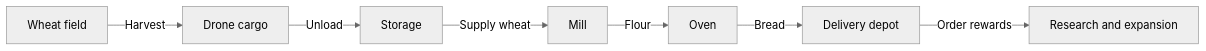
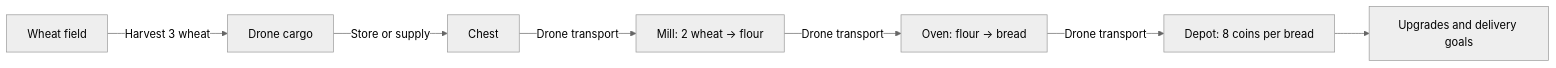
One commit to singhbaidwan/sprout changed the diagram in docs/ROADMAP.md. Above: the diagram before and after it, drawn with Mermaid (neutral theme). The commit also changed other lines of this file and 22 other files, not shown here.

````diff
--- a/docs/ROADMAP.md
+++ b/docs/ROADMAP.md
@@ -15,9 +19,9 @@
 ```mermaid
 flowchart LR
-    A[Wheat field] -->|Harvest| B[Drone cargo]
-    B -->|Unload| C[Storage]
-    C -->|Supply wheat| D[Mill]
-    D -->|Flour| E[Oven]
-    E -->|Bread| F[Delivery depot]
-    F -->|Order rewards| G[Research and expansion]
+    A[Wheat field] -->|Harvest 3 wheat| B[Drone cargo]
+    B -->|Store or supply| C[Chest]
+    C -->|Drone transport| D[Mill: 2 wheat → flour]
+    D -->|Drone transport| E[Oven: flour → bread]
+    E -->|Drone transport| F[Depot: 8 coins per bread]
+    F --> G[Upgrades and delivery goals]
 ```
````
